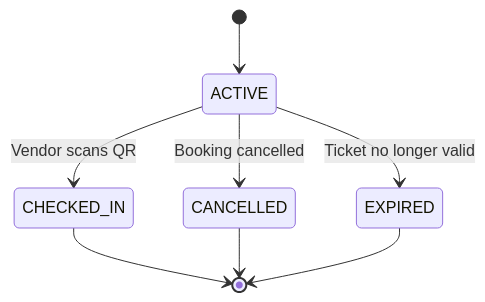
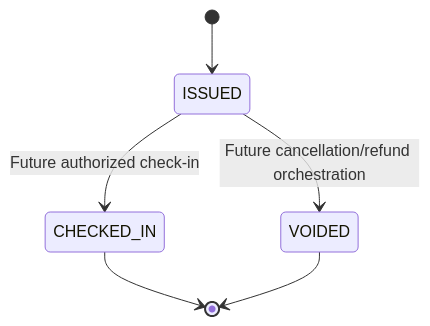
Before and after one commit to SyxThan/GoBookNow: the fourth of 5 diagrams in docs/STATE_MACHINE.md, drawn with Mermaid. The commit also changed other lines of this file and 10 other files, not shown here.

````diff
--- a/docs/STATE_MACHINE.md
+++ b/docs/STATE_MACHINE.md
@@ -412,12 +410,10 @@
 ```mermaid
 stateDiagram-v2
-    [*] --> ACTIVE
+    [*] --> ISSUED
 
-    ACTIVE --> CHECKED_IN: Vendor scans QR
-    ACTIVE --> CANCELLED: Booking cancelled
-    ACTIVE --> EXPIRED: Ticket no longer valid
+    ISSUED --> CHECKED_IN: Future authorized check-in
+    ISSUED --> VOIDED: Future cancellation/refund orchestration
 
     CHECKED_IN --> [*]
-    CANCELLED --> [*]
-    EXPIRED --> [*]
+    VOIDED --> [*]
 ```
````
